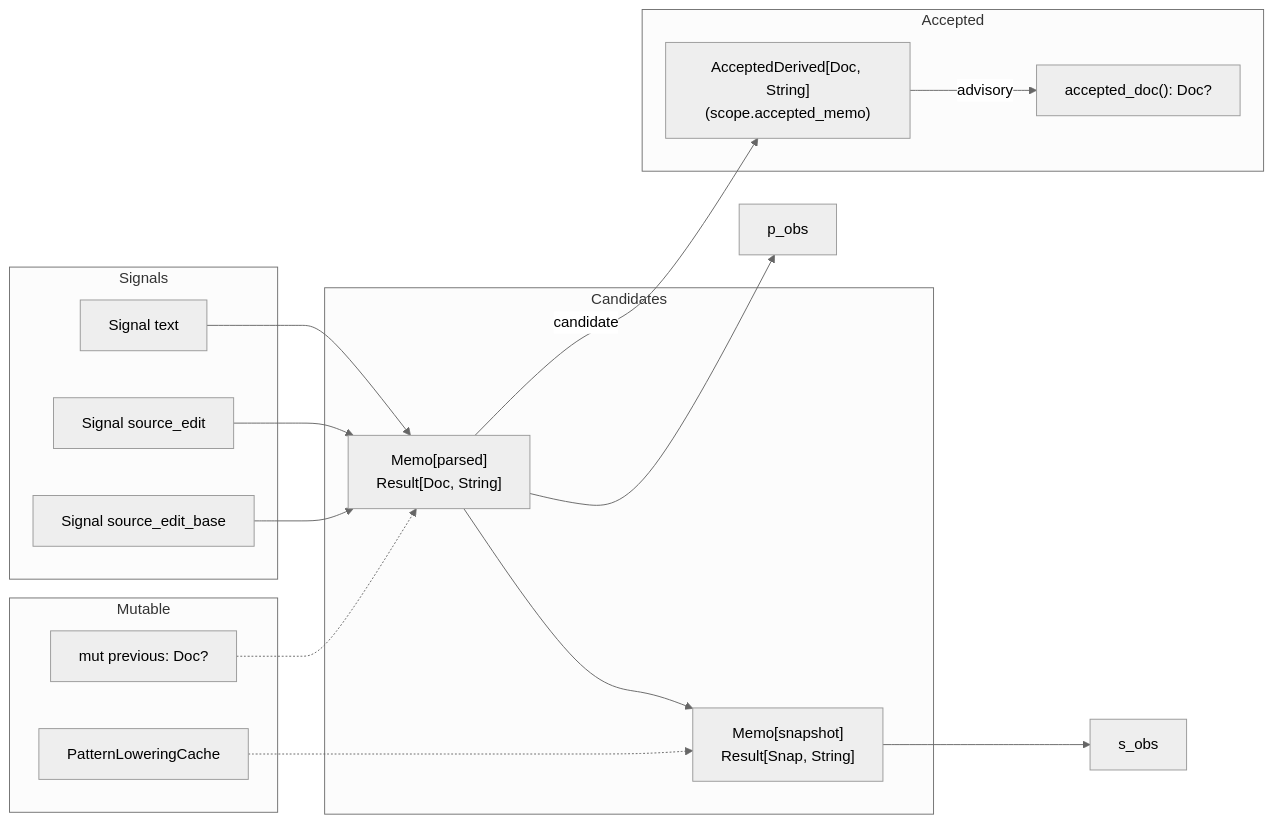
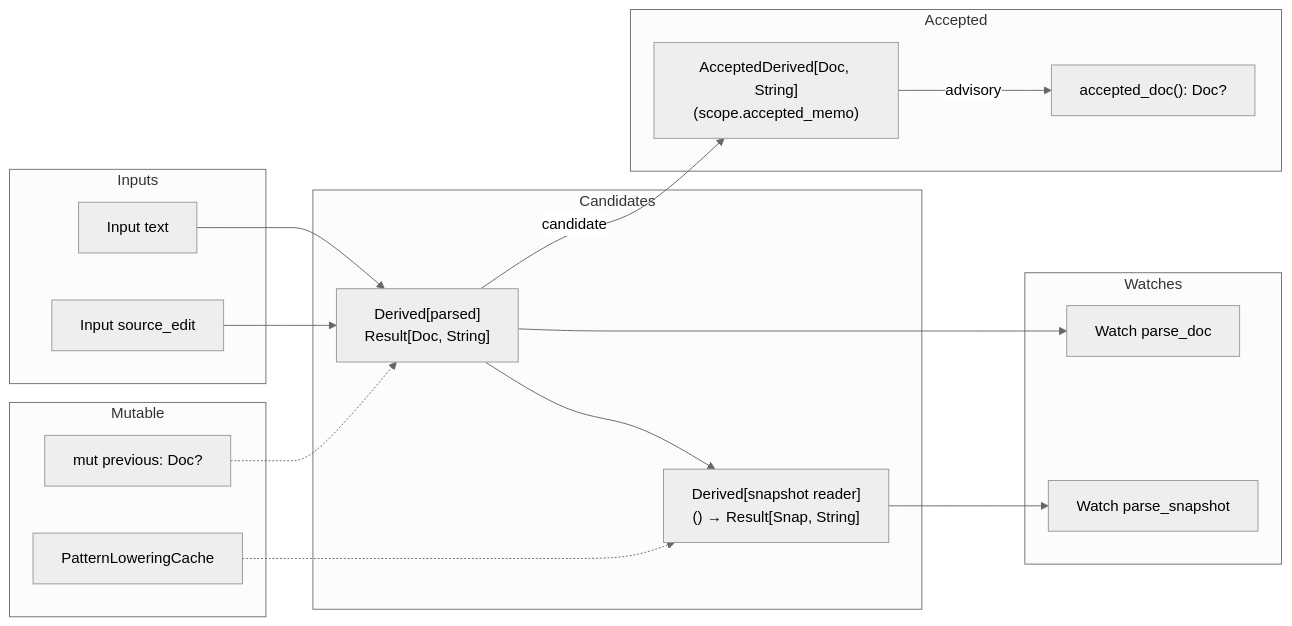
One commit to dowdiness/moondsp changed the second of 2 diagrams in docs/plans/2026-07-07-mini-authoring-accepted-derived-migration.md. Above: the diagram before and after it, drawn with Mermaid (neutral theme). The commit also changed other lines of this file and 11 other files, not shown here.

````diff
--- a/docs/plans/2026-07-07-mini-authoring-accepted-derived-migration.md
+++ b/docs/plans/2026-07-07-mini-authoring-accepted-derived-migration.md
@@ -98,30 +99,32 @@
 ```mermaid
 flowchart LR
-    subgraph Signals
-        text[Signal text]
-        edit[Signal source_edit]
-        base[Signal source_edit_base]
+    subgraph Inputs
+        text[Input text]
+        edit[Input source_edit]
     end
     subgraph Candidates
-        parsed["Memo[parsed]<br/>Result[Doc, String]"]
-        snapshot["Memo[snapshot]<br/>Result[Snap, String]"]
+        parsed["Derived[parsed]<br/>Result[Doc, String]"]
+        snapshot["Derived[snapshot reader]<br/>() → Result[Snap, String]"]
     end
     subgraph Accepted
         ac["AcceptedDerived[Doc, String]<br/>(scope.accepted_memo)"]
         ac_doc["accepted_doc(): Doc?"]
+    end
+    subgraph Watches
+        p_watch[Watch parse_doc]
+        s_watch[Watch parse_snapshot]
     end
     subgraph Mutable
         prev["mut previous: Doc?"]
         lc[PatternLoweringCache]
     end
     text --> parsed
     edit --> parsed
-    base --> parsed
     prev -.-> parsed
     parsed --> snapshot
     parsed -->|"candidate"| ac
-    parsed --> p_obs
+    parsed --> p_watch
     ac -->|"advisory"| ac_doc
-    snapshot --> s_obs
+    snapshot --> s_watch
     lc -.-> snapshot
 ```
````
